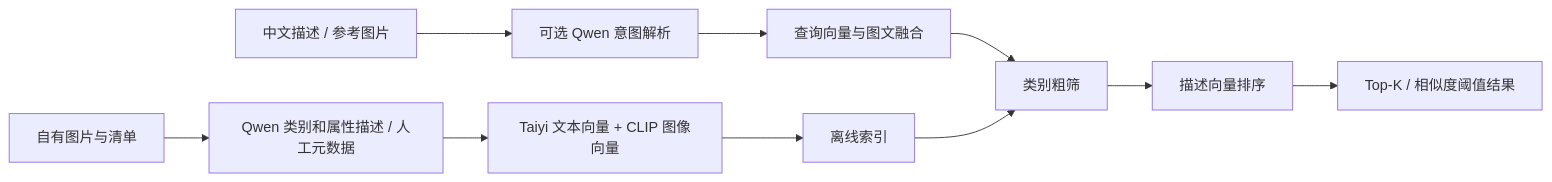
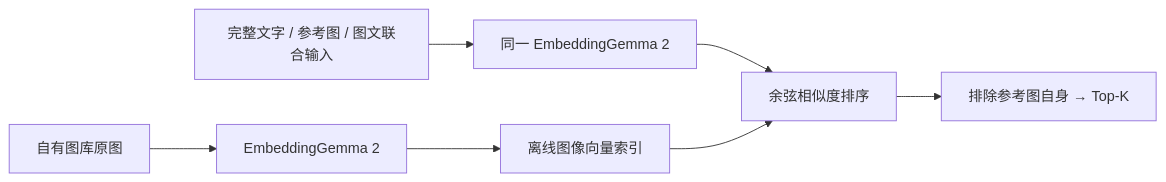
One commit to liangjianshu/multimodal-image-retrieval changed the diagram in README.md. Above: the diagram before and after it, drawn with Mermaid. The commit also changed other lines of this file and 36 other files, not shown here.

Commit message:
Use EmbeddingGemma 2 for native image and joint retrieval

````diff
--- a/README.md
+++ b/README.md
@@ -73,12 +73,9 @@
 ```mermaid
 flowchart LR
-    A[自有图片与清单] --> B[Qwen 类别和属性描述 / 人工元数据]
-    B --> C[Taiyi 文本向量 + CLIP 图像向量]
-    C --> D[离线索引]
-    Q[中文描述 / 参考图片] --> R[可选 Qwen 意图解析]
-    R --> E[查询向量与图文融合]
-    E --> F[类别粗筛]
-    D --> F
-    F --> G[描述向量排序]
-    G --> H[Top-K / 相似度阈值结果]
+    A[自有图库原图] --> B[EmbeddingGemma 2]
+    B --> C[离线图像向量索引]
+    Q[完整文字 / 参考图 / 图文联合输入] --> E[同一 EmbeddingGemma 2]
+    E --> F[余弦相似度排序]
+    C --> F
+    F --> H[排除参考图自身 → Top-K]
 ```
````
